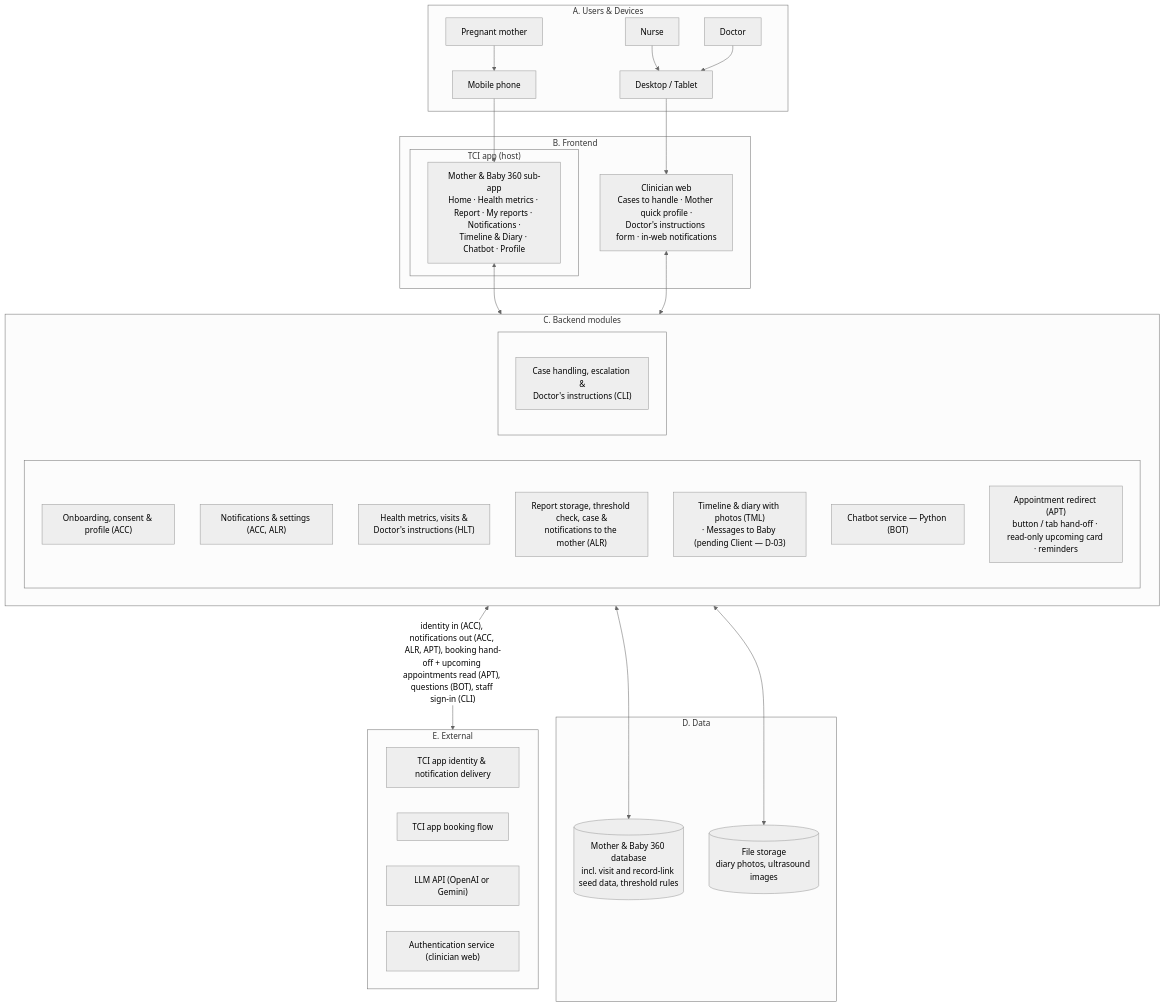
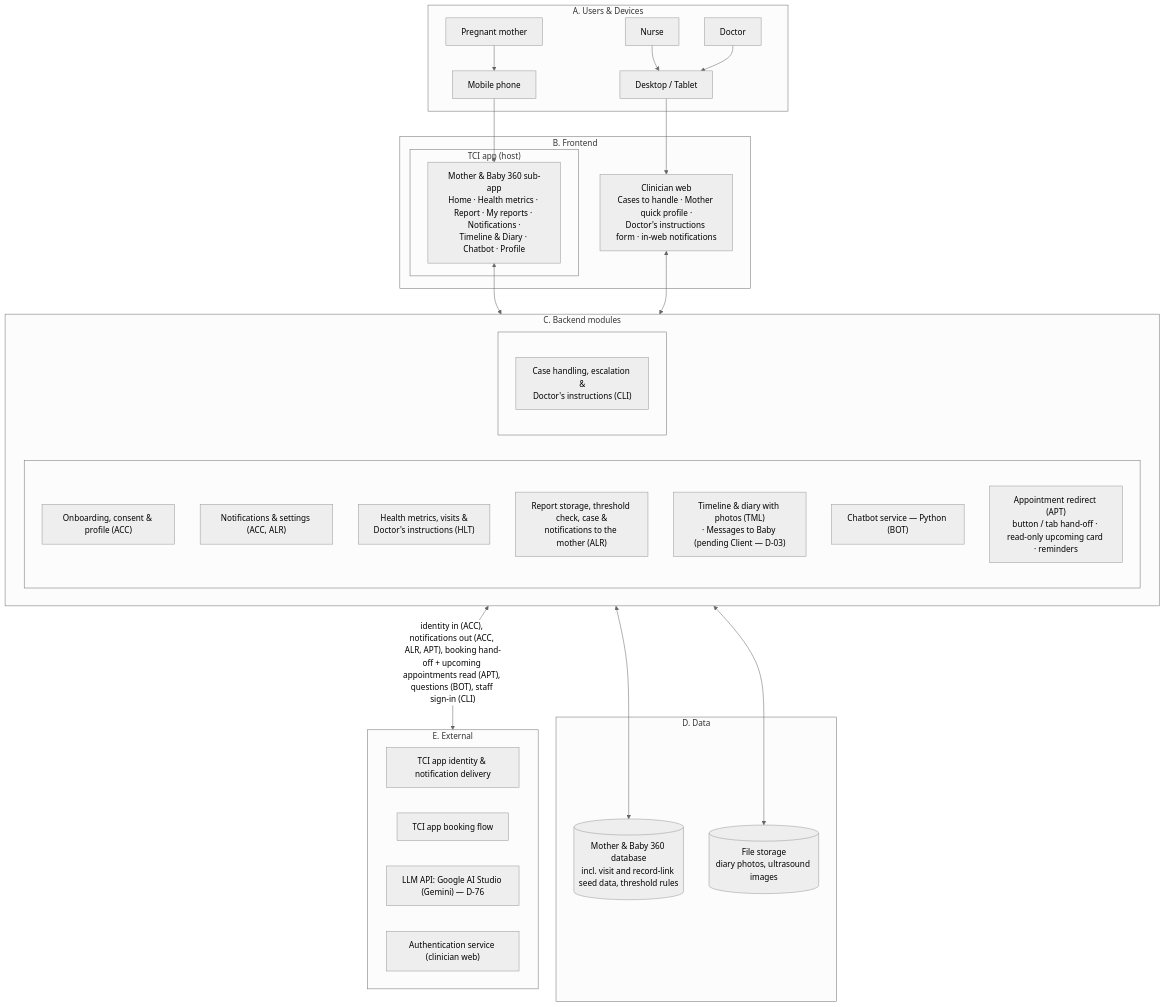
The first of 2 diagrams in docs/architecture/system-configuration.md (PromotedKing/dbiz3-team-a-rubric), drawn with Mermaid (neutral theme) before and after one commit. The commit also changed 38 other files, not shown here.

````diff
--- a/docs/architecture/system-configuration.md
+++ b/docs/architecture/system-configuration.md
@@ -7,55 +7,55 @@
 ```mermaid
 flowchart TB
     subgraph A["A. Users & Devices"]
         MOM_U["Pregnant mother"]
         NUR_U["Nurse"]
         DOC_U["Doctor"]
         MOBILE["Mobile phone"]
         DESKTOP["Desktop / Tablet"]
     end
 
     subgraph B["B. Frontend"]
         subgraph TCIAPP["TCI app (host)"]
             SUB["Mother & Baby 360 sub-app<br/>Home · Health metrics · Report · My reports · Notifications ·<br/>Timeline & Diary · Chatbot · Profile"]
         end
         CWEB["Clinician web<br/>Cases to handle · Mother quick profile ·<br/>Doctor's instructions form · in-web notifications"]
     end
 
     subgraph C["C. Backend modules"]
         direction LR
         subgraph C1[" "]
             ONB["Onboarding, consent & profile (ACC)"]
             NOTI["Notifications & settings (ACC, ALR)"]
             HLTM["Health metrics, visits &<br/>Doctor's instructions (HLT)"]
             RPT["Report storage, threshold check, case &<br/>notifications to the mother (ALR)"]
             TMLM["Timeline & diary with photos (TML)<br/>· Messages to Baby (pending Client — D-03)"]
             BOTM["Chatbot service — Python (BOT)"]
             APTM["Appointment redirect (APT)<br/>button / tab hand-off · read-only upcoming card · reminders"]
         end
         subgraph C2[" "]
             CLIM["Case handling, escalation &<br/>Doctor's instructions (CLI)"]
         end
     end
 
     subgraph D["D. Data"]
         DB[("Mother & Baby 360 database<br/>incl. visit and record-link seed data, threshold rules")]
         FILES[("File storage<br/>diary photos, ultrasound images")]
     end
 
     subgraph E["E. External"]
         TCIID["TCI app identity & notification delivery"]
         TCIBOOK["TCI app booking flow"]
-        LLM["LLM API (OpenAI or Gemini)"]
+        LLM["LLM API: Google AI Studio (Gemini) — D-76"]
         AUTHS["Authentication service (clinician web)"]
     end
 
     MOM_U --> MOBILE --> SUB
     NUR_U --> DESKTOP
     DOC_U --> DESKTOP
     DESKTOP --> CWEB
     SUB <--> C1
     CWEB <--> C2
     C <--> DB
     C <--> FILES
     C <-->|"identity in (ACC), notifications out (ACC, ALR, APT), booking hand-off + upcoming appointments read (APT), questions (BOT), staff sign-in (CLI)"| E
 ```
````
